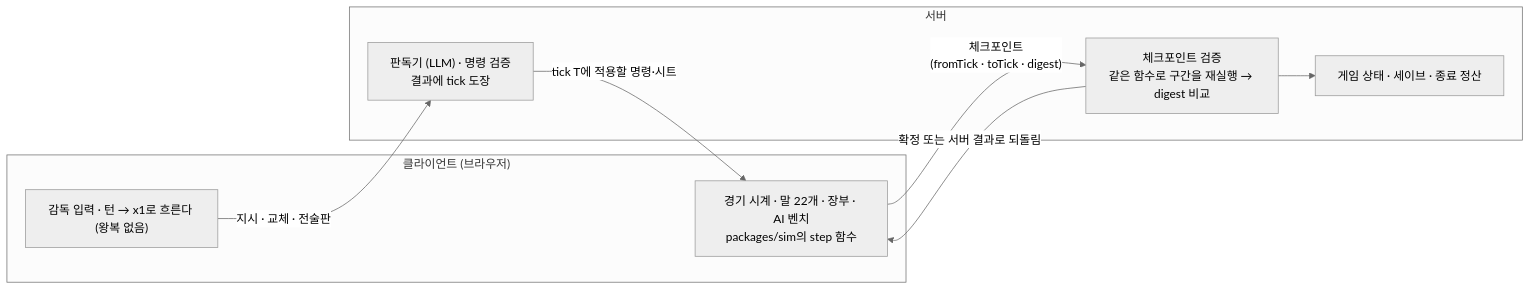
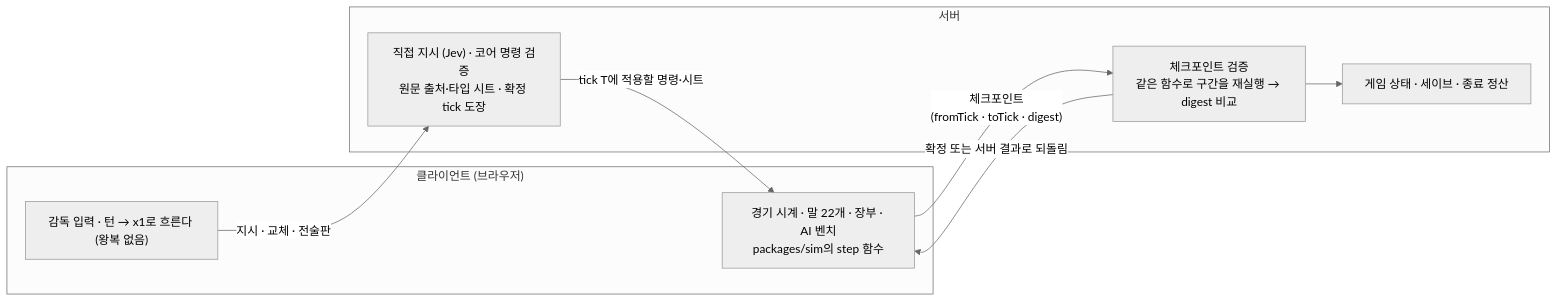
Before and after one commit to dhoonjang/gaffer: the second of 2 diagrams in docs/match/live-match.md, drawn with Mermaid (neutral theme). The commit also changed other lines of this file and 140 other files, not shown here.

````diff
--- a/docs/match/live-match.md
+++ b/docs/match/live-match.md
@@ -491,17 +491,17 @@
 ```mermaid
 flowchart LR
   subgraph C["클라이언트 (브라우저)"]
     CL["경기 시계 · 말 22개 · 장부 · AI 벤치<br/>packages/sim의 step 함수"]
     PZ["감독 입력 · 턴 → x1로 흐른다 (왕복 없음)"]
   end
   subgraph S["서버"]
     VF["체크포인트 검증<br/>같은 함수로 구간을 재실행 → digest 비교"]
     ST["게임 상태 · 세이브 · 종료 정산"]
-    LM["판독기 (LLM) · 명령 검증<br/>결과에 tick 도장"]
+    LM["직접 지시 (Jev) · 코어 명령 검증<br/>원문 출처·타입 시트 · 확정 tick 도장"]
   end
   CL -->|"체크포인트<br/>(fromTick · toTick · digest)"| VF
   VF -->|"확정 또는 서버 결과로 되돌림"| CL
   PZ -->|"지시 · 교체 · 전술판"| LM
   LM -->|"tick T에 적용할 명령·시트"| CL
   VF --> ST
 ```
````
